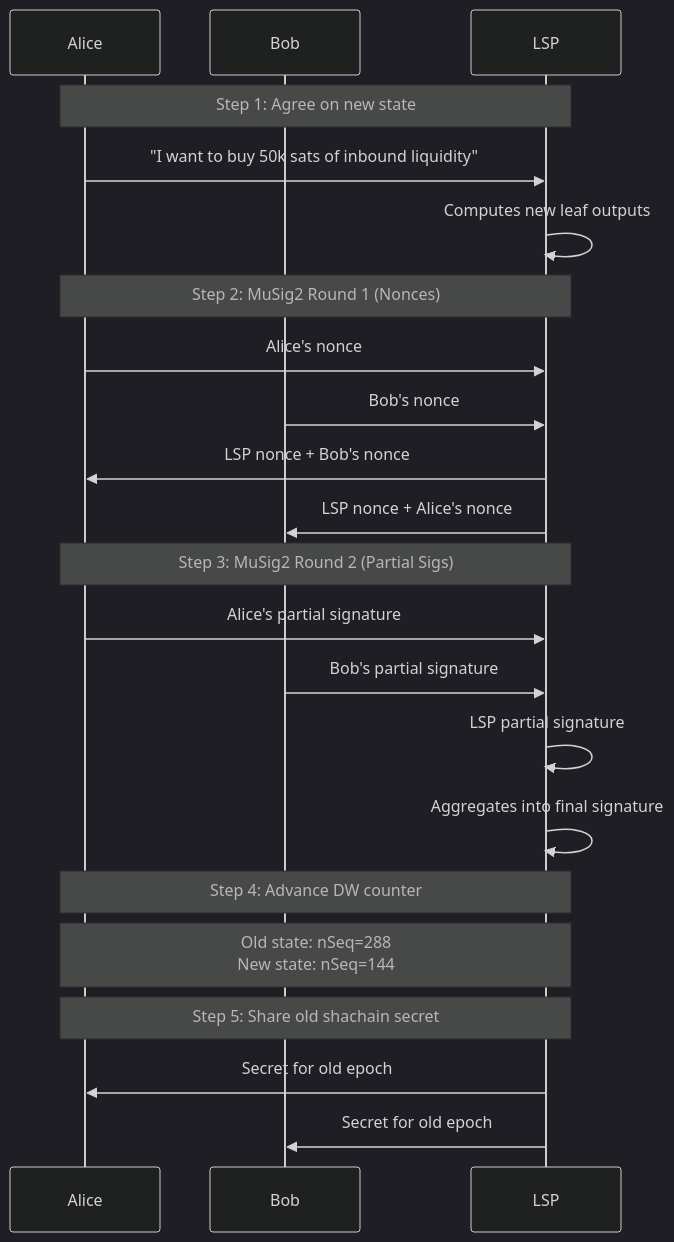
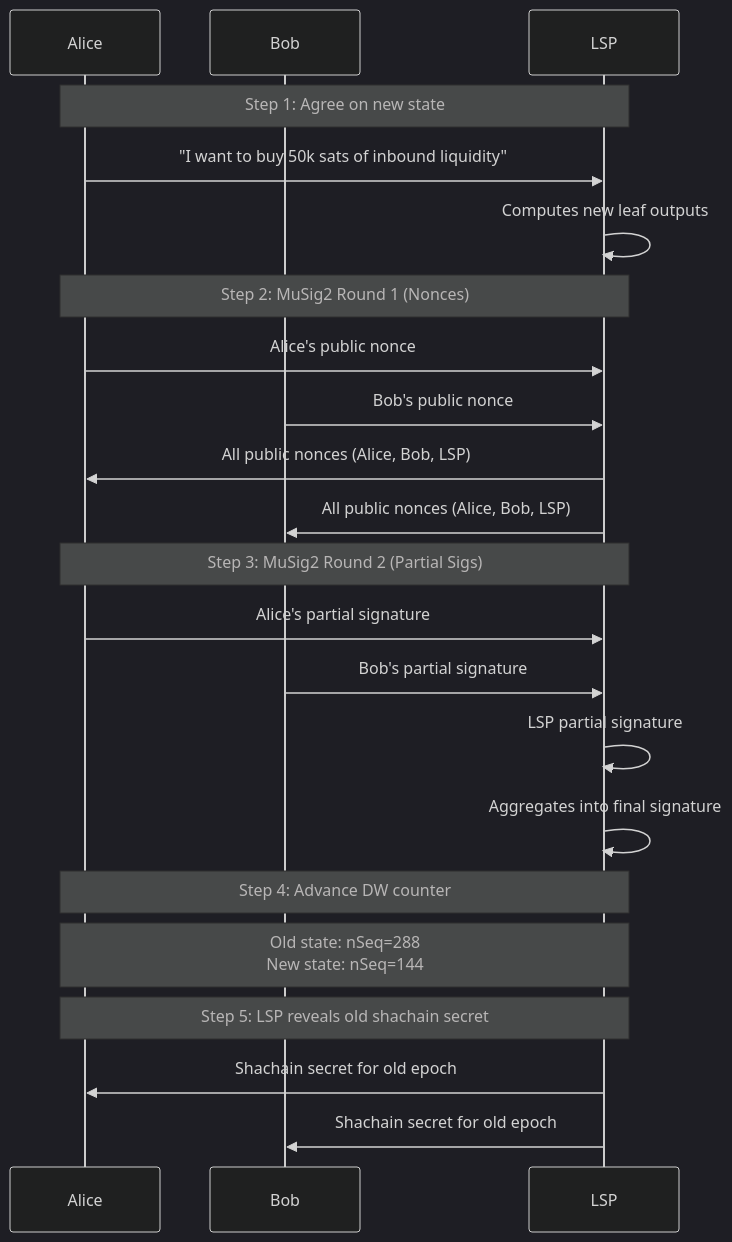
The second of 2 diagrams in how-it-works/updating-state.md (8144225309/superscalar-docs), drawn with Mermaid (dark theme) before and after one commit. The commit also changed other lines of this file and 31 other files, not shown here.

````diff
--- a/how-it-works/updating-state.md
+++ b/how-it-works/updating-state.md
@@ -45,29 +45,29 @@
 ```mermaid
 sequenceDiagram
     participant A as Alice
     participant B as Bob
     participant L as LSP
 
     Note over A,L: Step 1: Agree on new state
     A->>L: "I want to buy 50k sats of inbound liquidity"
     L->>L: Computes new leaf outputs
 
     Note over A,L: Step 2: MuSig2 Round 1 (Nonces)
-    A->>L: Alice's nonce
-    B->>L: Bob's nonce
-    L->>A: LSP nonce + Bob's nonce
-    L->>B: LSP nonce + Alice's nonce
+    A->>L: Alice's public nonce
+    B->>L: Bob's public nonce
+    L->>A: All public nonces (Alice, Bob, LSP)
+    L->>B: All public nonces (Alice, Bob, LSP)
 
     Note over A,L: Step 3: MuSig2 Round 2 (Partial Sigs)
     A->>L: Alice's partial signature
     B->>L: Bob's partial signature
     L->>L: LSP partial signature
     L->>L: Aggregates into final signature
 
     Note over A,L: Step 4: Advance DW counter
     Note over A,L: Old state: nSeq=288<br/>New state: nSeq=144
 
-    Note over A,L: Step 5: Share old shachain secret
-    L->>A: Secret for old epoch
-    L->>B: Secret for old epoch
+    Note over A,L: Step 5: LSP reveals old shachain secret
+    L->>A: Shachain secret for old epoch
+    L->>B: Shachain secret for old epoch
 ```
````
